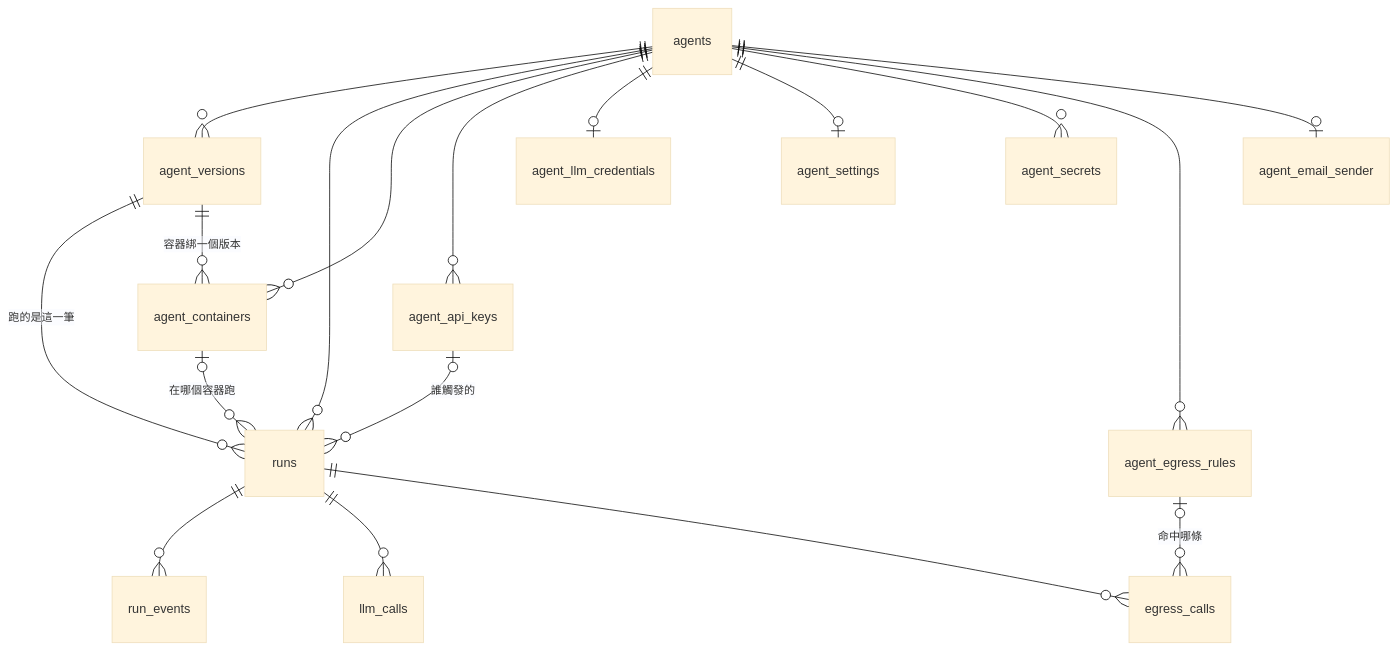
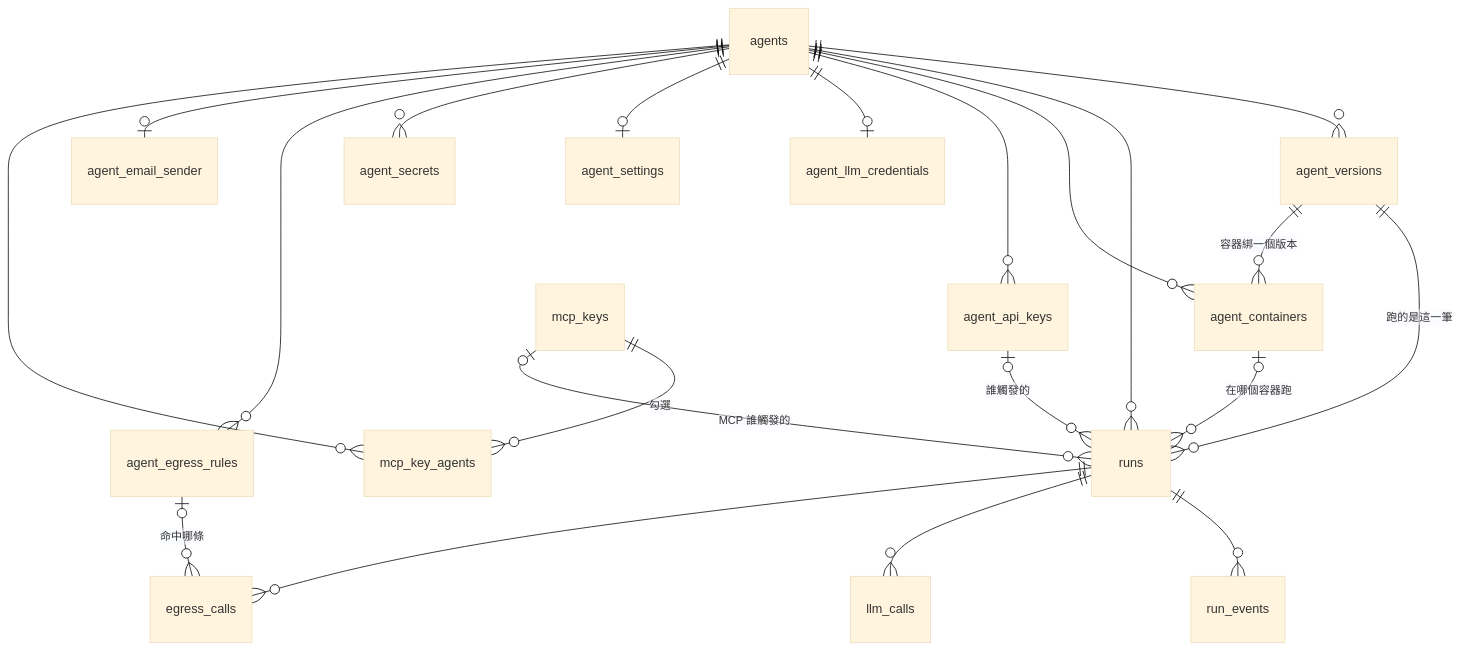
One commit to william9998/Zentra changed the diagram in specs/postgresql.md. Above: the diagram before and after it, drawn with Mermaid (base theme). The commit also changed other lines of this file and 29 other files, not shown here.

First line of the commit message:
Replace per-agent MCP endpoints with one /mcp interface backed by MCP keys

````diff
--- a/specs/postgresql.md
+++ b/specs/postgresql.md
@@ -76,20 +101,23 @@
 ```mermaid
 erDiagram
     agents ||--o{ agent_versions : ""
     agents ||--o{ runs : ""
     agents ||--o{ agent_containers : ""
     agents ||--o{ agent_api_keys : ""
     agents ||--o| agent_llm_credentials : ""
     agents ||--o| agent_settings : ""
     agents ||--o{ agent_secrets : ""
     agents ||--o{ agent_egress_rules : ""
     agents ||--o| agent_email_sender : ""
     agent_versions ||--o{ runs : "跑的是這一筆"
     agent_versions ||--o{ agent_containers : "容器綁一個版本"
     agent_api_keys |o--o{ runs : "誰觸發的"
+    mcp_keys ||--o{ mcp_key_agents : "勾選"
+    agents ||--o{ mcp_key_agents : ""
+    mcp_keys |o--o{ runs : "MCP 誰觸發的"
     agent_containers |o--o{ runs : "在哪個容器跑"
     runs ||--o{ run_events : ""
     runs ||--o{ llm_calls : ""
     runs ||--o{ egress_calls : ""
     agent_egress_rules |o--o{ egress_calls : "命中哪條"
 ```
````
